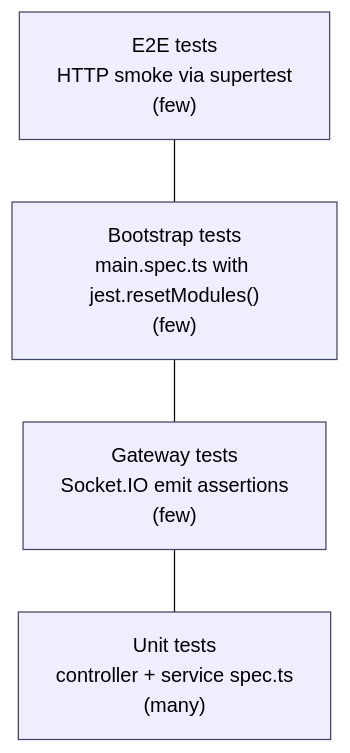
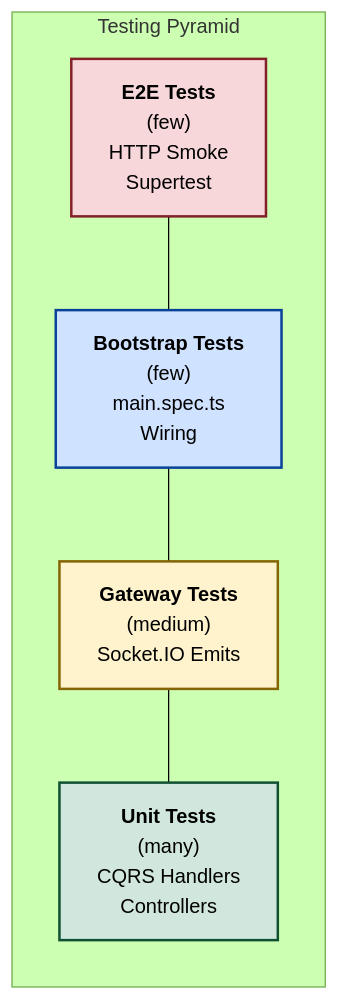
One commit to matteoventuri7/WHS changed diagram 11 of 11 in docs/software-architecture-report.md. Above: the diagram before and after it, drawn with Mermaid (forest theme). The commit also changed other lines of this file and 153 other files, not shown here.

Commit message:
Add coverage report files Edit architectural report

````diff
--- a/docs/software-architecture-report.md
+++ b/docs/software-architecture-report.md
@@ -1239,10 +914,25 @@
 ```mermaid
-flowchart TB
-    E2E["E2E tests<br/>HTTP smoke via supertest<br/>(few)"] --- B
-    B["Bootstrap tests<br/>main.spec.ts with jest.resetModules()<br/>(few)"] --- G
-    G["Gateway tests<br/>Socket.IO emit assertions<br/>(few)"] --- U
-    U["Unit tests<br/>controller + service spec.ts<br/>(many)"]
+graph TD
+    subgraph "Testing Pyramid"
+    direction BT
+        U["<b>Unit Tests</b><br/>(many)<br/>CQRS Handlers<br/>Controllers"]
+        G["<b>Gateway Tests</b><br/>(medium)<br/>Socket.IO Emits"]
+        B["<b>Bootstrap Tests</b><br/>(few)<br/>main.spec.ts<br/>Wiring"]
+        E2E["<b>E2E Tests</b><br/>(few)<br/>HTTP Smoke<br/>Supertest"]
 
-    classDef base fill:#eef,stroke:#446
-    class E2E,B,G,U base
+        U --- G
+        G --- B
+        B --- E2E
+    end
+
+    classDef default fill:#f9f9f9,stroke:#333,stroke-width:1px,color:#000;
+    classDef unit fill:#d1e7dd,stroke:#0f5132,stroke-width:2px,color:#000;
+    classDef gateway fill:#fff3cd,stroke:#856404,stroke-width:2px,color:#000;
+    classDef bootstrap fill:#cfe2ff,stroke:#084298,stroke-width:2px,color:#000;
+    classDef e2e fill:#f8d7da,stroke:#842029,stroke-width:2px,color:#000;
+
+    class U unit
+    class G gateway
+    class B bootstrap
+    class E2E e2e
 ```
````
